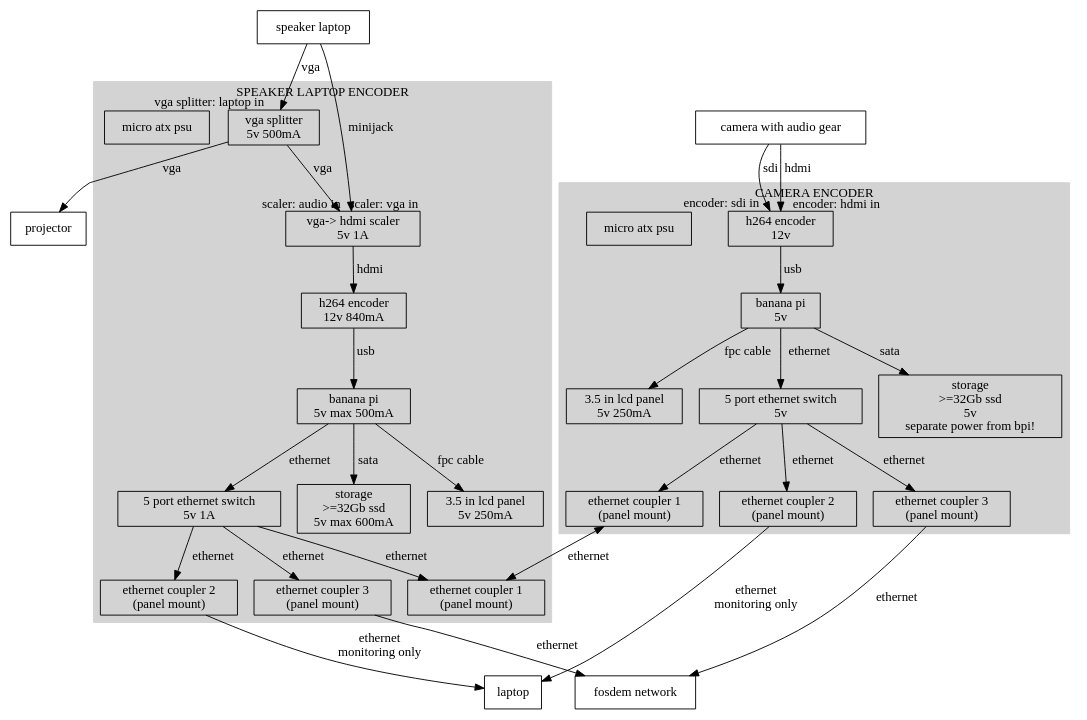
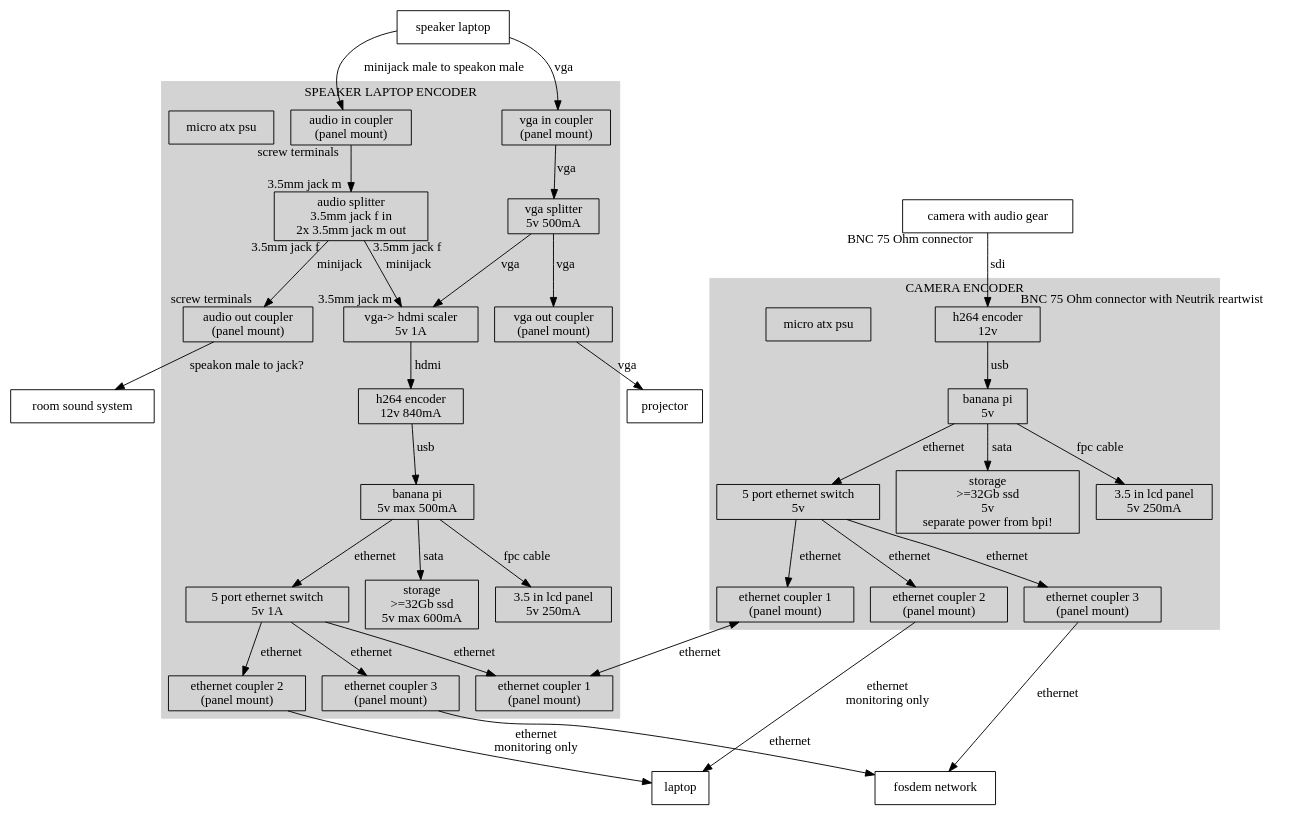
One commit to markvdb/fosdemvideobox changed the diagram in videobox.dot. Above: the diagram before and after it, drawn with Graphviz. The commit also changed 1 other file, not shown here.

Commit message:
update diagram: add audio splitter, remove hdmi in

```diff
--- a/videobox.dot
+++ b/videobox.dot
@@ -1,72 +1,83 @@
 digraph G {
 	concentrate=true;
 	node [shape=box];
 	speaker_laptop [label="speaker laptop"];
 	camera_with_audio_gear [label="camera with audio gear"];
+	room_sound_system [label="room sound system"];
 	inet [label="fosdem network"];
 
 	subgraph cluster_speaker {
 		style=filled;
 		color=lightgrey;
 		node [style=filled];
 		//parts
+		cluster_speaker_vga_in [label="vga in coupler\n(panel mount)", URL="http://eu.mouser.com/ProductDetail/Switchcraft/EHHD15FF/?qs=gNS5EA6ck2a8z5%2F0XaeFOw%3D%3D"];
+		cluster_speaker_vga_out [label="vga out coupler\n(panel mount)", URL="http://eu.mouser.com/ProductDetail/Switchcraft/EHHD15FF/?qs=gNS5EA6ck2a8z5%2F0XaeFOw%3D%3D"];
+		cluster_speaker_audio_in [label="audio in coupler\n(panel mount)", URL="http://www.bax-shop.nl/luidspreker-pluggen/neutrik-nl4mp-st-speakon-4-polig-chassisdeel-male/product-details.html"];
+		cluster_speaker_audio_out [label="audio out coupler\n(panel mount)", URL="http://www.bax-shop.nl/luidspreker-pluggen/neutrik-nl4mp-st-speakon-4-polig-chassisdeel-male/product-details.html"];
+		cluster_speaker_audio_splitter [label="audio splitter\n3.5mm jack f in\n2x 3.5mm jack m out", URL=""];
 		cluster_speaker_vga_splitter [label="vga splitter\n5v 500mA", URL="http://www.lindy.co.uk/audio-video-c2/splitters-c159/vga-c160/2-port-vga-splitter-150mhz-p6701"];
 		cluster_speaker_vgahdmi [label="vga-> hdmi scaler\n5v 1A", URL="http://www.lenkeng.com/china/showproduct.asp?id=153"];
 		cluster_speaker_h264 [label="h264 encoder\n12v 840mA", URL="https://www.blackmagicdesign.com/products/h264prorecorder/techspecs/"];
 		cluster_speaker_bpi [label="banana pi\n5v max 500mA", URL="http://www.bananapi.org/p/product.html"];
 		cluster_speaker_switch [label="5 port ethernet switch\n5v 1A" URL="http://us.dlink.com/wp-content/uploads/2014/03/GO-SW-8G_REVC_DATASHEET_1.00_EN.pdf"];
 		cluster_speaker_switch_1 [label="ethernet coupler 1\n(panel mount)", URL="http://www.alibaba.com/product-detail/Panel-mount-Screw-lock-Cat5e-Coupler_1799594993.html"];
 		cluster_speaker_switch_2 [label="ethernet coupler 2\n(panel mount)", URL="http://www.alibaba.com/product-detail/Panel-mount-Screw-lock-Cat5e-Coupler_1799594993.html"];
 		cluster_speaker_switch_3 [label="ethernet coupler 3\n(panel mount)", URL="http://www.alibaba.com/product-detail/Panel-mount-Screw-lock-Cat5e-Coupler_1799594993.html"];
 		cluster_speaker_storage [label="storage\n>=32Gb ssd\n5v max 600mA"];
 		cluster_speaker_monitoring_panel [label="3.5 in lcd panel\n5v 250mA", URL="http://embeddedcomputer.nl/banana-pi-14/banana-pi-3-5-lcd-screen.html"];
 		cluster_psu [label="micro atx psu", URL="http://www.lc-power.com/produkte/netzteile/micro-atx/lc380m-v22"];
 		//internal cabling
+		cluster_speaker_vga_in -> cluster_speaker_vga_splitter [label="vga"];
+		cluster_speaker_vga_splitter -> cluster_speaker_vga_out [label="vga"];
+		cluster_speaker_vga_splitter -> cluster_speaker_vgahdmi [label="vga"];
+		cluster_speaker_audio_in -> cluster_speaker_audio_splitter [taillabel="screw terminals", headlabel="3.5mm jack m"];
+		cluster_speaker_audio_splitter -> cluster_speaker_vgahdmi [label="minijack", taillabel="3.5mm jack f", headlabel="3.5mm jack m"];
+		cluster_speaker_audio_splitter -> cluster_speaker_audio_out [label="minijack", taillabel="3.5mm jack f", headlabel="screw terminals"];
 		cluster_speaker_vgahdmi -> cluster_speaker_h264 [label="hdmi"];
 		cluster_speaker_h264 -> cluster_speaker_bpi [label="usb"];
 		cluster_speaker_bpi -> cluster_speaker_switch [label="ethernet"];
 		cluster_speaker_bpi -> cluster_speaker_storage [label="sata"];
 		cluster_speaker_bpi -> cluster_speaker_monitoring_panel [label="fpc cable"];
 		cluster_speaker_switch -> cluster_speaker_switch_1 [label="ethernet"];
 		cluster_speaker_switch -> cluster_speaker_switch_2 [label="ethernet"];
 		cluster_speaker_switch -> cluster_speaker_switch_3 [label="ethernet"];
 		label = "SPEAKER LAPTOP ENCODER";
 	}
 
 	subgraph cluster_camera {
 		style=filled;
 		color=lightgrey;
 		node [style=filled];
 		//parts
 		cluster_camera_h264 [label="h264 encoder\n12v", URL="https://www.blackmagicdesign.com/products/h264prorecorder/techspecs/"];
 		cluster_camera_bpi [label="banana pi\n5v", URL="http://www.bananapi.org/p/product.html"];
 		cluster_camera_switch [label="5 port ethernet switch\n5v", URL="http://us.dlink.com/wp-content/uploads/2014/03/GO-SW-8G_REVC_DATASHEET_1.00_EN.pdf"];
 		cluster_camera_switch_1 [label="ethernet coupler 1\n(panel mount)", URL="http://www.alibaba.com/product-detail/Panel-mount-Screw-lock-Cat5e-Coupler_1799594993.html"];
 		cluster_camera_switch_2 [label="ethernet coupler 2\n(panel mount)", URL="http://www.alibaba.com/product-detail/Panel-mount-Screw-lock-Cat5e-Coupler_1799594993.html"];
 		cluster_camera_switch_3 [label="ethernet coupler 3\n(panel mount)", URL="http://www.alibaba.com/product-detail/Panel-mount-Screw-lock-Cat5e-Coupler_1799594993.html"];
 		cluster_camera_storage [label="storage\n>=32Gb ssd\n5v\nseparate power from bpi!"];
 		cluster_camera_monitoring_panel [label="3.5 in lcd panel\n5v 250mA", URL="http://embeddedcomputer.nl/banana-pi-14/banana-pi-3-5-lcd-screen.html"];
 		cluster_camera_psu [label="micro atx psu", URL="http://www.lc-power.com/produkte/netzteile/micro-atx/lc380m-v22"];
 		//internal cabling
 		cluster_camera_h264 -> cluster_camera_bpi [label="usb"];
 		cluster_camera_bpi -> cluster_camera_switch [label="ethernet"];
 		cluster_camera_bpi -> cluster_camera_storage [label="sata"];
 		cluster_camera_bpi -> cluster_camera_monitoring_panel [label="fpc cable"];
 		cluster_camera_switch -> cluster_camera_switch_1 [label="ethernet"];
 		cluster_camera_switch -> cluster_camera_switch_2 [label="ethernet"];
 		cluster_camera_switch -> cluster_camera_switch_3 [label="ethernet"];
 		label = "CAMERA ENCODER";
 	}
 
-	camera_with_audio_gear -> cluster_camera_h264 [label = "sdi", headlabel="encoder: sdi in"];
-	camera_with_audio_gear -> cluster_camera_h264 [label = "hdmi", headlabel="encoder: hdmi in"];
+	camera_with_audio_gear -> cluster_camera_h264 [label = "sdi", taillabel="BNC 75 Ohm connector", headlabel="BNC 75 Ohm connector with Neutrik reartwist"];
 	cluster_camera_switch_1 -> cluster_speaker_switch_1 [dir="both", label="ethernet"];
 	cluster_camera_switch_2 -> laptop [label= "ethernet\nmonitoring only"];
         cluster_camera_switch_3 -> inet [label="ethernet"];
 	cluster_speaker_switch_2 -> laptop [label= "ethernet\nmonitoring only"];
 	cluster_speaker_switch_3 -> inet [label="ethernet"];
-	speaker_laptop -> cluster_speaker_vga_splitter [label = "vga", headlabel= "vga splitter: laptop in"];
-        cluster_speaker_vga_splitter -> projector [label = "vga"];
-	cluster_speaker_vga_splitter -> cluster_speaker_vgahdmi [label= "vga", headlabel="scaler: vga in"];
-	speaker_laptop -> cluster_speaker_vgahdmi [label= "minijack", headlabel= "scaler: audio in"];
+	speaker_laptop -> cluster_speaker_vga_in [label = "vga"];
+        cluster_speaker_vga_out -> projector [label = "vga"];
+	speaker_laptop -> cluster_speaker_audio_in [label= "minijack male to speakon male"];
+	cluster_speaker_audio_out -> room_sound_system [label="speakon male to jack?"];
 }
```
